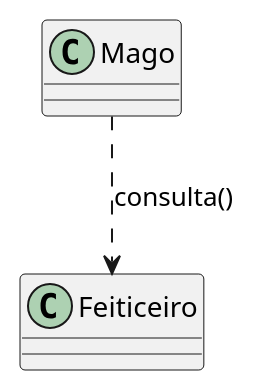
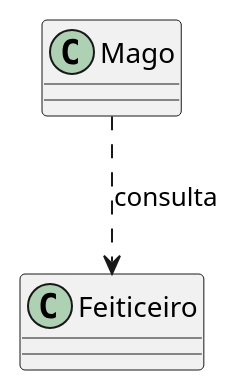
The tenth of 11 diagrams in Exemplos/ExemploRelacionamentos/RelacionamentoClasses.md (fellowsheep/APOO2025-2), drawn with PlantUML before and after one commit. The commit also changed other lines of this file and 14 other files, not shown here.

Commit message:
Adicionadas as imagens de diagrama de classes

````diff
--- a/Exemplos/ExemploRelacionamentos/RelacionamentoClasses.md
+++ b/Exemplos/ExemploRelacionamentos/RelacionamentoClasses.md
@@ -438,7 +459,7 @@
 ```puml
-@startuml
+@startuml dependenciaMago
 class Mago
 class Feiticeiro
-Mago ..> Feiticeiro : consulta()
+Mago ..> Feiticeiro : consulta
 @enduml
 ```
````
